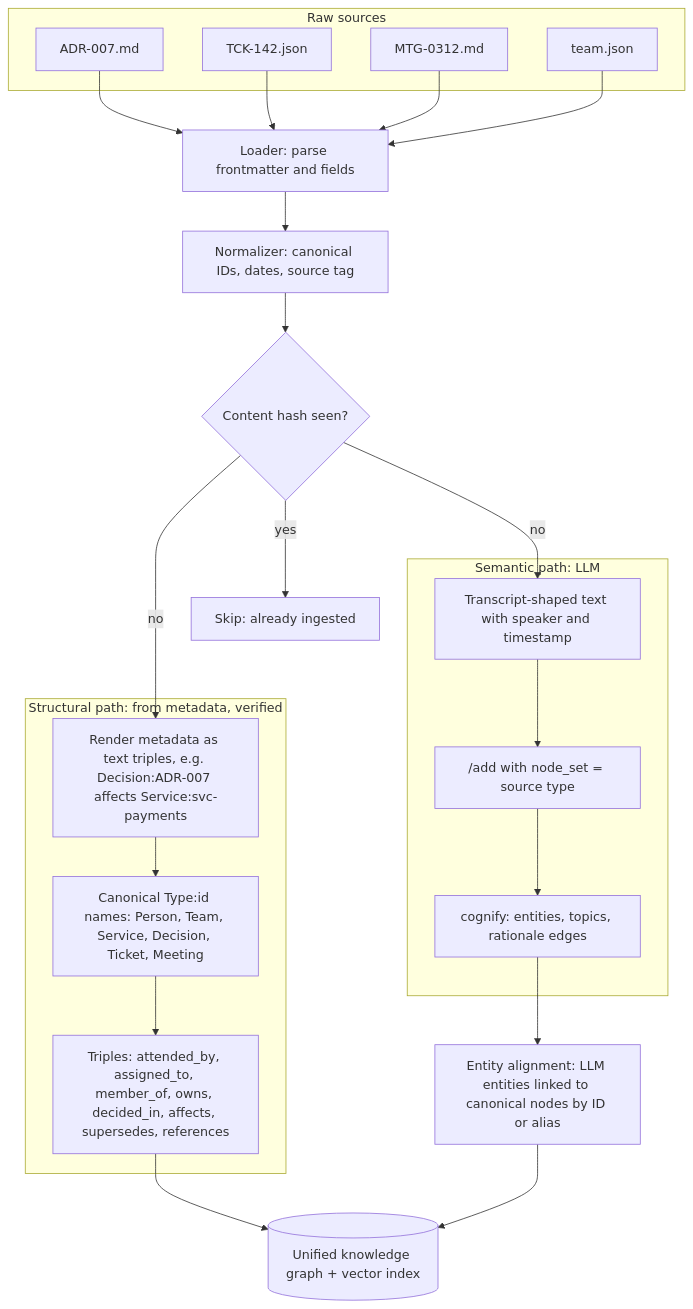
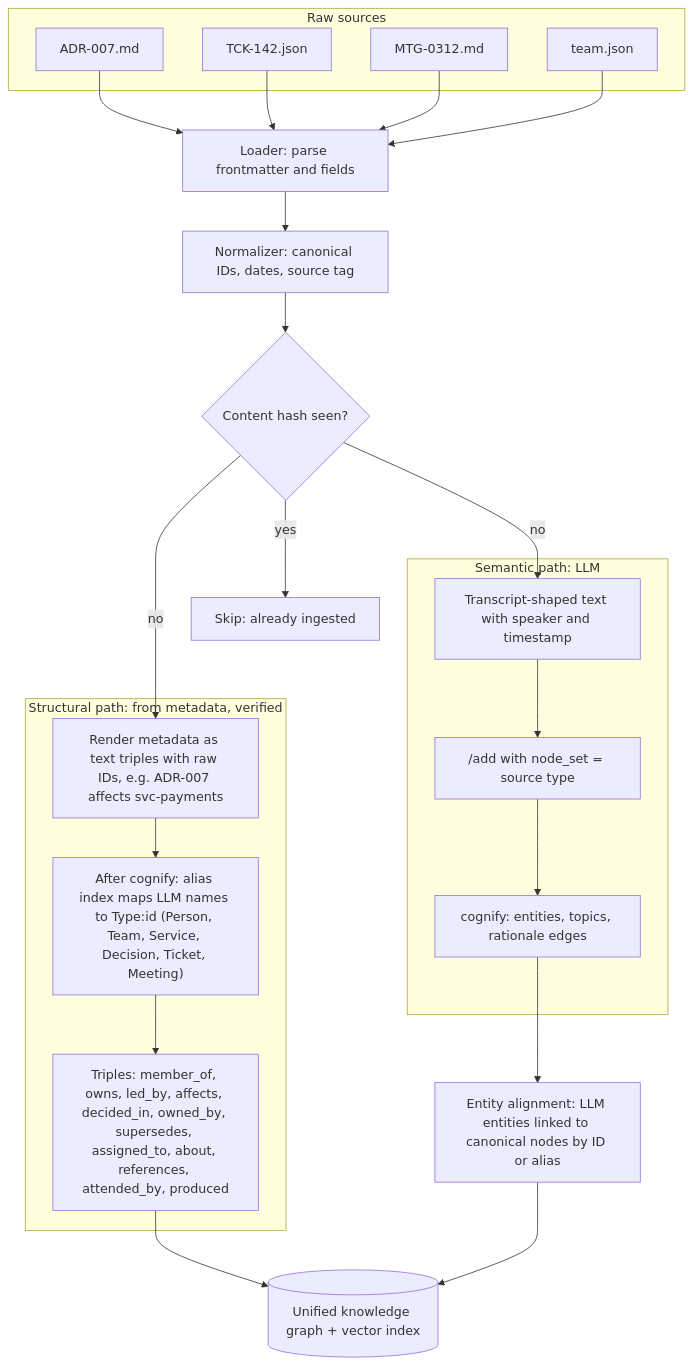
The second of 6 diagrams in docs/architecture.md (icyzh/cognee_brain), drawn with Mermaid before and after one commit. The commit also changed other lines of this file and 79 other files, not shown here.

````diff
--- a/docs/architecture.md
+++ b/docs/architecture.md
@@ -119,46 +119,46 @@
 ```mermaid
 flowchart TB
     subgraph IN["Raw sources"]
         R1["ADR-007.md"]
         R2["TCK-142.json"]
         R3["MTG-0312.md"]
         R4["team.json"]
     end
 
     L["Loader: parse frontmatter and fields"]
     N["Normalizer: canonical IDs, dates, source tag"]
     H{"Content hash seen?"}
     SKIP["Skip: already ingested"]
 
     subgraph STRUCT["Structural path: from metadata, verified"]
-        M1["Render metadata as text triples, e.g. Decision:ADR-007 affects Service:svc-payments"]
-        M2["Canonical Type:id names: Person, Team, Service, Decision, Ticket, Meeting"]
-        M3["Triples: attended_by, assigned_to, member_of, owns, decided_in, affects, supersedes, references"]
+        M1["Render metadata as text triples with raw IDs, e.g. ADR-007 affects svc-payments"]
+        M2["After cognify: alias index maps LLM names to Type:id (Person, Team, Service, Decision, Ticket, Meeting)"]
+        M3["Triples: member_of, owns, led_by, affects, decided_in, owned_by, supersedes, assigned_to, about, references, attended_by, produced"]
     end
 
     subgraph SEM["Semantic path: LLM"]
         T1["Transcript-shaped text with speaker and timestamp"]
         T2["/add with node_set = source type"]
         T3["cognify: entities, topics, rationale edges"]
     end
 
     ER["Entity alignment: LLM entities linked to canonical nodes by ID or alias"]
     OUT[("Unified knowledge graph + vector index")]
 
     R1 --> L
     R2 --> L
     R3 --> L
     R4 --> L
     L --> N
     N --> H
     H -- yes --> SKIP
     H -- no --> M1
     H -- no --> T1
     M1 --> M2
     M2 --> M3
     M3 --> OUT
     T1 --> T2
     T2 --> T3
     T3 --> ER
     ER --> OUT
 ```
````
